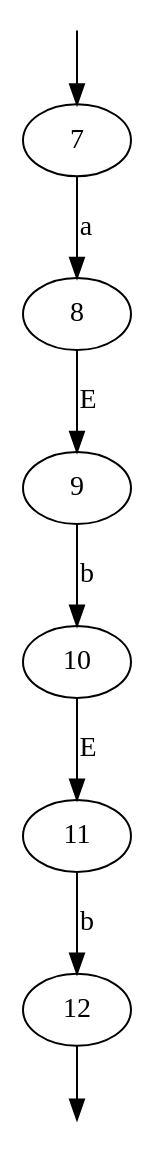
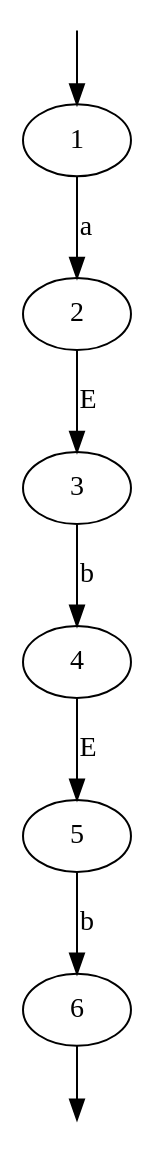
The diagram in src/automate2.dot (omarelhorre/automate), drawn with Graphviz before and after one commit. The commit also changed 6 other files, not shown here.

```diff
--- a/src/automate2.dot
+++ b/src/automate2.dot
@@ -1,11 +1,11 @@
 digraph G {
 init [shape=point shape=point style=filled, fillcolor=white color=white];
 fin [shape=point shape=point style=filled, fillcolor=white color=white];
-init -> 7;
-7 -> 8 [label="a"];
-9 -> 10 [label="b"];
-8 -> 9 [label="E"];
-11 -> 12 [label="b"];
-10 -> 11 [label="E"];
-12 -> fin;
+init -> 1;
+1 -> 2 [label="a"];
+3 -> 4 [label="b"];
+2 -> 3 [label="E"];
+5 -> 6 [label="b"];
+4 -> 5 [label="E"];
+6 -> fin;
 }
```
